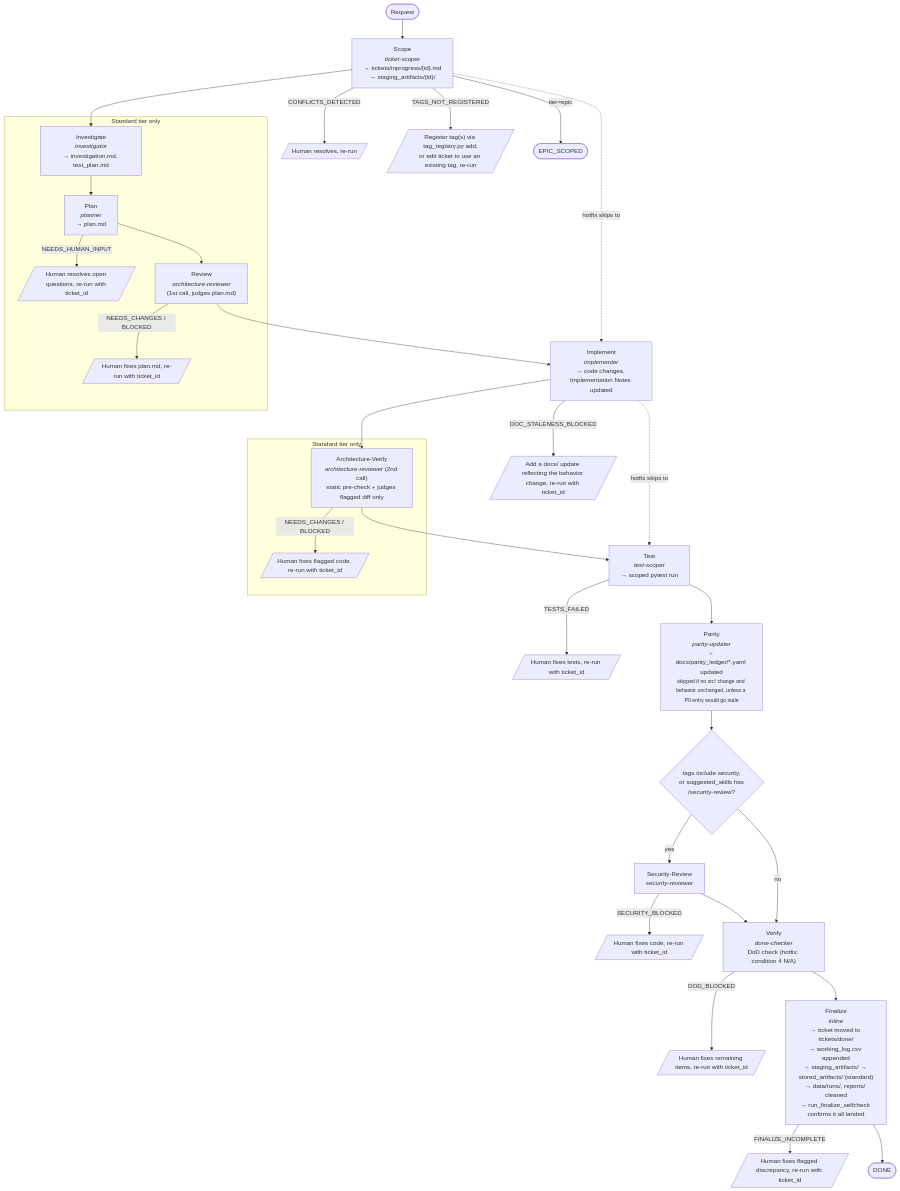
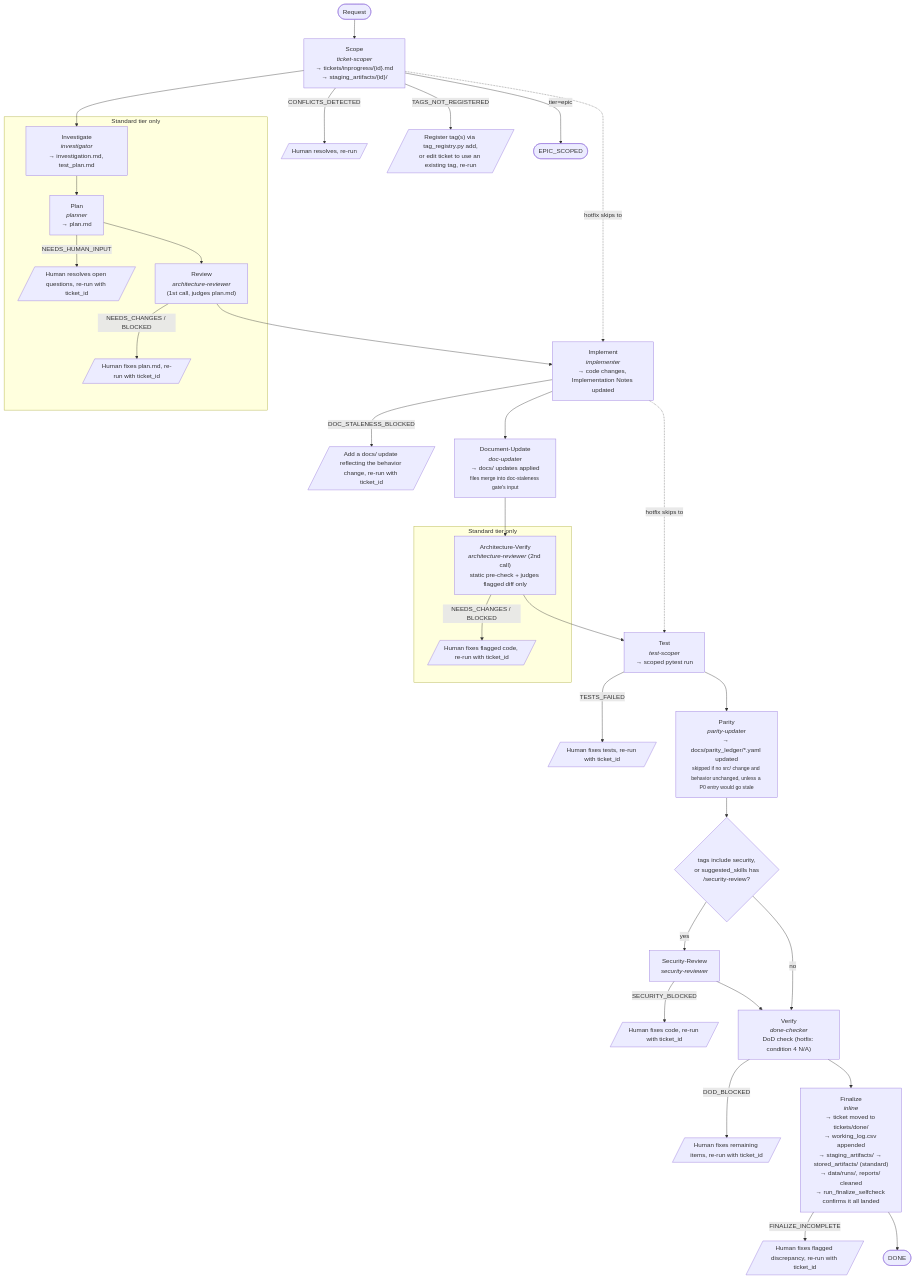
One commit to ttnhan18062000/rpg-based-simulation changed the diagram in docs/ai/ticket-lifecycle.md. Above: the diagram before and after it, drawn with Mermaid. The commit also changed other lines of this file and 52 other files, not shown here.

````diff
--- a/docs/ai/ticket-lifecycle.md
+++ b/docs/ai/ticket-lifecycle.md
@@ -36,53 +36,55 @@
 ```mermaid
 flowchart TD
     Start([Request]) --> Scope
 
     Scope["Scope<br/><i>ticket-scoper</i><br/>→ tickets/inprogress/{id}.md<br/>→ staging_artifacts/{id}/"]
     Scope -- CONFLICTS_DETECTED --> ScopeFix[/"Human resolves, re-run"/]
     Scope -- TAGS_NOT_REGISTERED --> ScopeTagFix[/"Register tag(s) via tag_registry.py add,<br/>or edit ticket to use an existing tag, re-run"/]
     Scope -- "tier=epic" --> EpicDone(["EPIC_SCOPED"])
     Scope --> Investigate
 
     subgraph StandardOnly ["Standard tier only"]
         Investigate["Investigate<br/><i>investigator</i><br/>→ investigation.md, test_plan.md"] --> Plan
         Plan["Plan<br/><i>planner</i><br/>→ plan.md"]
         Plan -- NEEDS_HUMAN_INPUT --> PlanFix[/"Human resolves open questions, re-run with ticket_id"/]
         Plan --> Review
         Review["Review<br/><i>architecture-reviewer</i><br/>(1st call, judges plan.md)"]
         Review -- "NEEDS_CHANGES / BLOCKED" --> ReviewFix[/"Human fixes plan.md, re-run with ticket_id"/]
     end
 
     Review --> Implement
     Scope -. "hotfix skips to" .-> Implement
 
     Implement["Implement<br/><i>implementer</i><br/>→ code changes, Implementation Notes updated"]
     Implement -- DOC_STALENESS_BLOCKED --> DocStalenessFix[/"Add a docs/ update reflecting the behavior change, re-run with ticket_id"/]
-    Implement --> ArchVerify
+    Implement --> DocUpdate
+
+    DocUpdate["Document-Update<br/><i>doc-updater</i><br/>→ docs/ updates applied<br/><small>files merge into doc-staleness gate's input</small>"] --> ArchVerify
 
     subgraph StandardOnly2 ["Standard tier only"]
         ArchVerify["Architecture-Verify<br/><i>architecture-reviewer</i> (2nd call)<br/>static pre-check + judges flagged diff only"]
         ArchVerify -- "NEEDS_CHANGES / BLOCKED" --> ArchVerifyFix[/"Human fixes flagged code, re-run with ticket_id"/]
     end
 
     ArchVerify --> Test
     Implement -. "hotfix skips to" .-> Test
 
     Test["Test<br/><i>test-scoper</i><br/>→ scoped pytest run"]
     Test -- TESTS_FAILED --> TestFix[/"Human fixes tests, re-run with ticket_id"/]
     Test --> Parity
 
     Parity["Parity<br/><i>parity-updater</i><br/>→ docs/parity_ledger/*.yaml updated<br/><small>skipped if no src/ change and behavior unchanged, unless a P0 entry would go stale</small>"] --> SecurityCheck{"tags include security,<br/>or suggested_skills has<br/>/security-review?"}
 
     SecurityCheck -- yes --> Security["Security-Review<br/><i>security-reviewer</i>"]
     Security -- SECURITY_BLOCKED --> SecurityFix[/"Human fixes code, re-run with ticket_id"/]
     Security --> Verify
     SecurityCheck -- no --> Verify
 
     Verify["Verify<br/><i>done-checker</i><br/>DoD check (hotfix: condition 4 N/A)"]
     Verify -- DOD_BLOCKED --> VerifyFix[/"Human fixes remaining items, re-run with ticket_id"/]
     Verify --> Finalize
 
     Finalize["Finalize<br/><i>inline</i><br/>→ ticket moved to tickets/done/<br/>→ working_log.csv appended<br/>→ staging_artifacts/ → stored_artifacts/ (standard)<br/>→ data/runs/, reports/ cleaned<br/>→ run_finalize_selfcheck confirms it all landed"]
     Finalize -- FINALIZE_INCOMPLETE --> FinalizeFix[/"Human fixes flagged discrepancy, re-run with ticket_id"/]
     Finalize --> Done(["DONE"])
 ```
````
